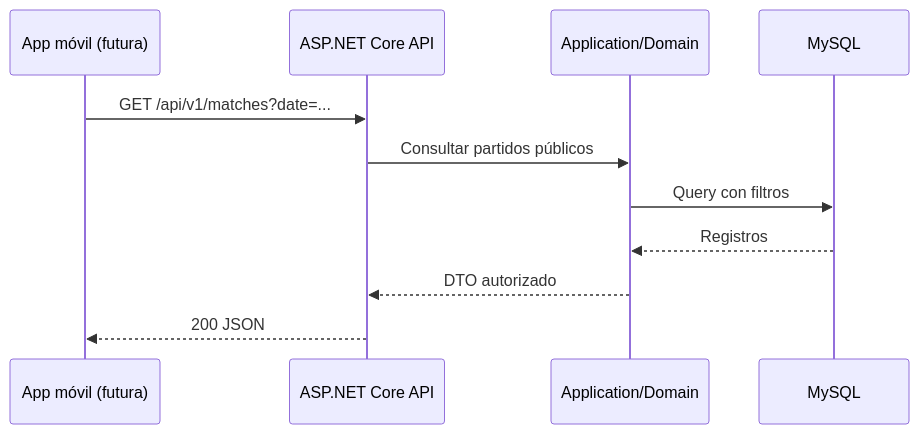
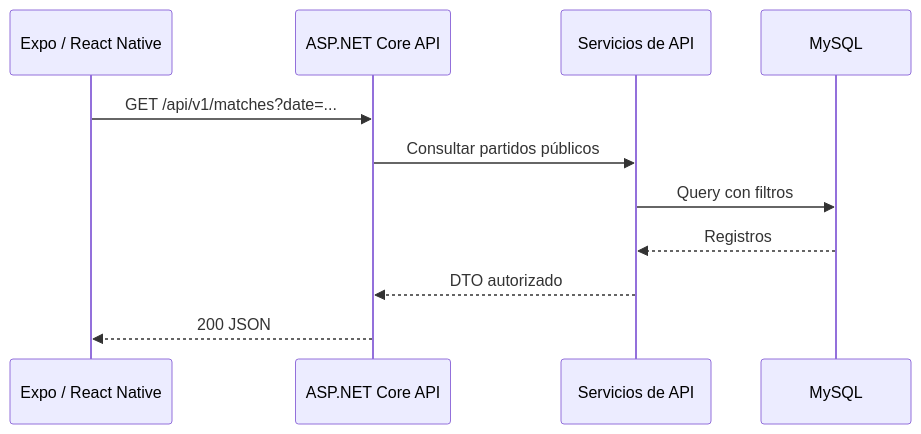
Before and after one commit to JMGProgrammer/Obligatorio-DYDA-2026: the diagram in docs/04-tecnica/MOBILE-INTEGRATION.md, drawn with Mermaid. The commit also changed other lines of this file and 46 other files, not shown here.

````diff
--- a/docs/04-tecnica/MOBILE-INTEGRATION.md
+++ b/docs/04-tecnica/MOBILE-INTEGRATION.md
@@ -11,13 +11,13 @@
 ```mermaid
 sequenceDiagram
-  participant M as App móvil (futura)
+  participant M as Expo / React Native
   participant A as ASP.NET Core API
-  participant S as Application/Domain
+  participant S as Servicios de API
   participant D as MySQL
   M->>A: GET /api/v1/matches?date=...
   A->>S: Consultar partidos públicos
   S->>D: Query con filtros
   D-->>S: Registros
   S-->>A: DTO autorizado
   A-->>M: 200 JSON
 ```
````
